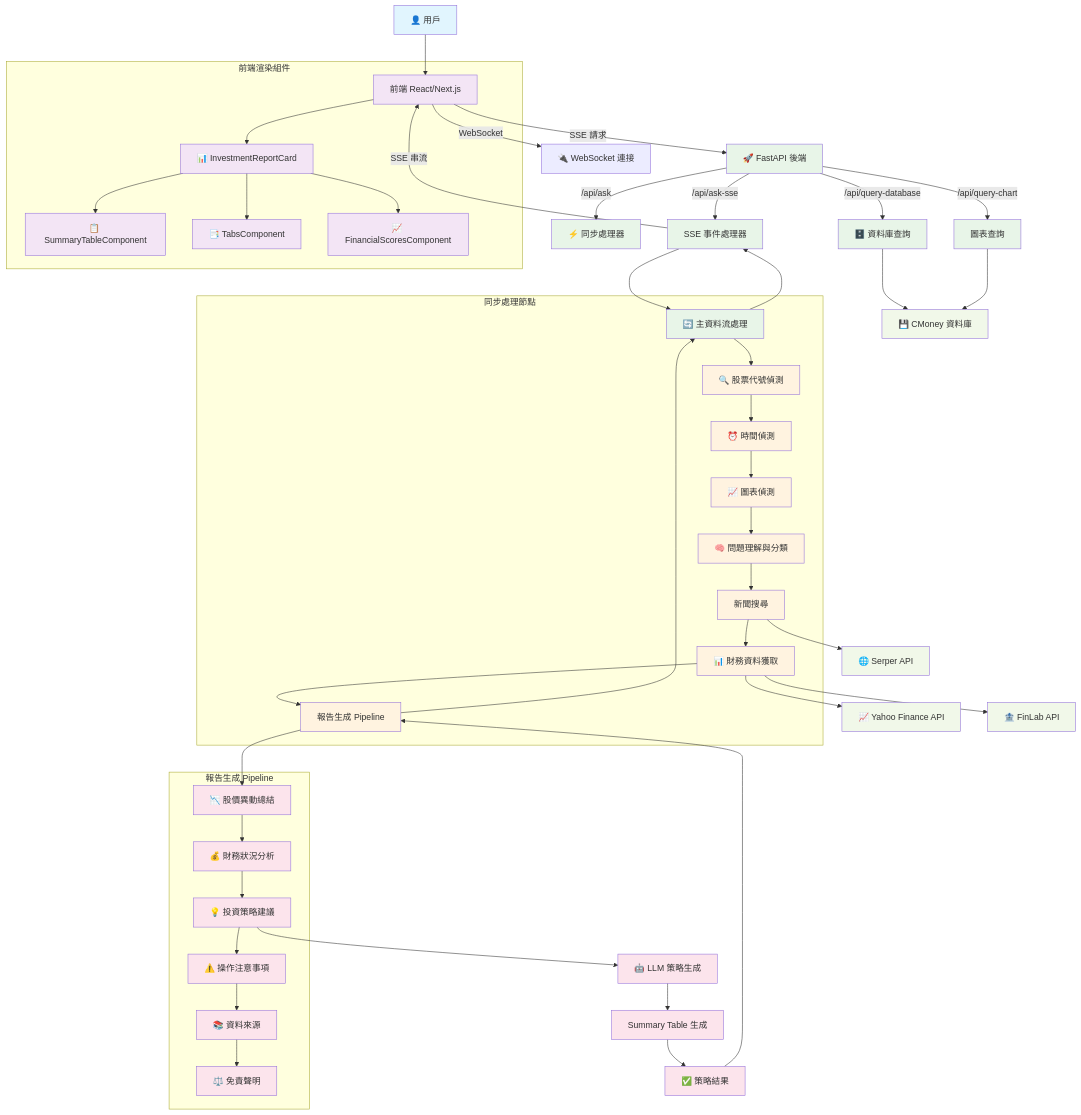
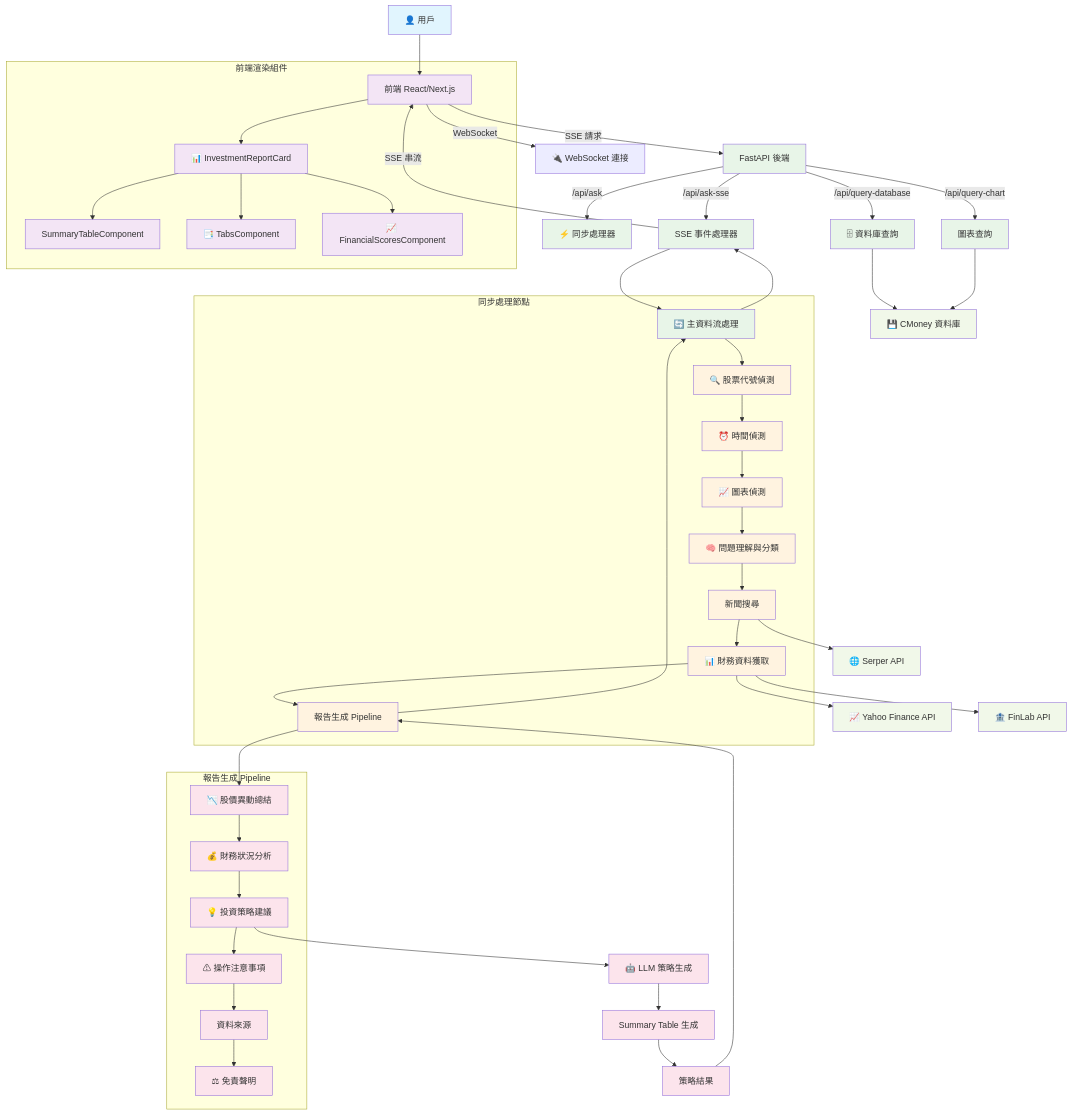
The diagram in docs/architecture/ge-gu-fen-xi-liu-cheng-jia-gou-tu.md (hihihowru/ai-chatbot-proxy), drawn with Mermaid before and after one commit. The commit also changed 26 other files, not shown here.

```diff
--- a/docs/architecture/ge-gu-fen-xi-liu-cheng-jia-gou-tu.md
+++ b/docs/architecture/ge-gu-fen-xi-liu-cheng-jia-gou-tu.md
@@ -7,13 +7,13 @@
     User[👤 用戶] --> Frontend[ 前端 React/Next.js]
     
     %% 前端層
-    Frontend --> |SSE 請求| API[🚀 FastAPI 後端]
+    Frontend --> |SSE 請求| API[ FastAPI 後端]
     Frontend --> |WebSocket| WS[🔌 WebSocket 連接]
     
     %% 後端 API 層
     API --> |/api/ask-sse| SSEHandler[ SSE 事件處理器]
     API --> |/api/ask| SyncHandler[⚡ 同步處理器]
-    API --> |/api/query-database| DBHandler[🗄️ 資料庫查詢]
+    API --> |/api/query-database| DBHandler[🗄 資料庫查詢]
     API --> |/api/query-chart| ChartHandler[ 圖表查詢]
     
     %% 主要資料流處理
@@ -35,15 +35,15 @@
         ReportPipeline --> PriceSummary[📉 股價異動總結]
         PriceSummary --> FinancialSection[💰 財務狀況分析]
         FinancialSection --> StrategySection[💡 投資策略建議]
-        StrategySection --> NoticeSection[⚠️ 操作注意事項]
-        NoticeSection --> SourcesSection[📚 資料來源]
-        SourcesSection --> DisclaimerSection[⚖️ 免責聲明]
+        StrategySection --> NoticeSection[⚠ 操作注意事項]
+        NoticeSection --> SourcesSection[ 資料來源]
+        SourcesSection --> DisclaimerSection[⚖ 免責聲明]
     end
     
     %% 投資策略建議 Section (包含 summary_table)
     StrategySection --> LLMStrategy[🤖 LLM 策略生成]
     LLMStrategy --> SummaryTable[ Summary Table 生成]
-    SummaryTable --> StrategyResult[✅ 策略結果]
+    SummaryTable --> StrategyResult[ 策略結果]
     
     %% 外部 API 整合
     NewsSearch --> SerperAPI[🌐 Serper API]
@@ -57,7 +57,7 @@
     %% 前端渲染層
     subgraph "前端渲染組件"
         Frontend --> InvestmentCard[📊 InvestmentReportCard]
-        InvestmentCard --> SummaryTableComponent[📋 SummaryTableComponent]
+        InvestmentCard --> SummaryTableComponent[ SummaryTableComponent]
         InvestmentCard --> TabsComponent[📑 TabsComponent]
         InvestmentCard --> FinancialScores[📈 FinancialScoresComponent]
     end
```
